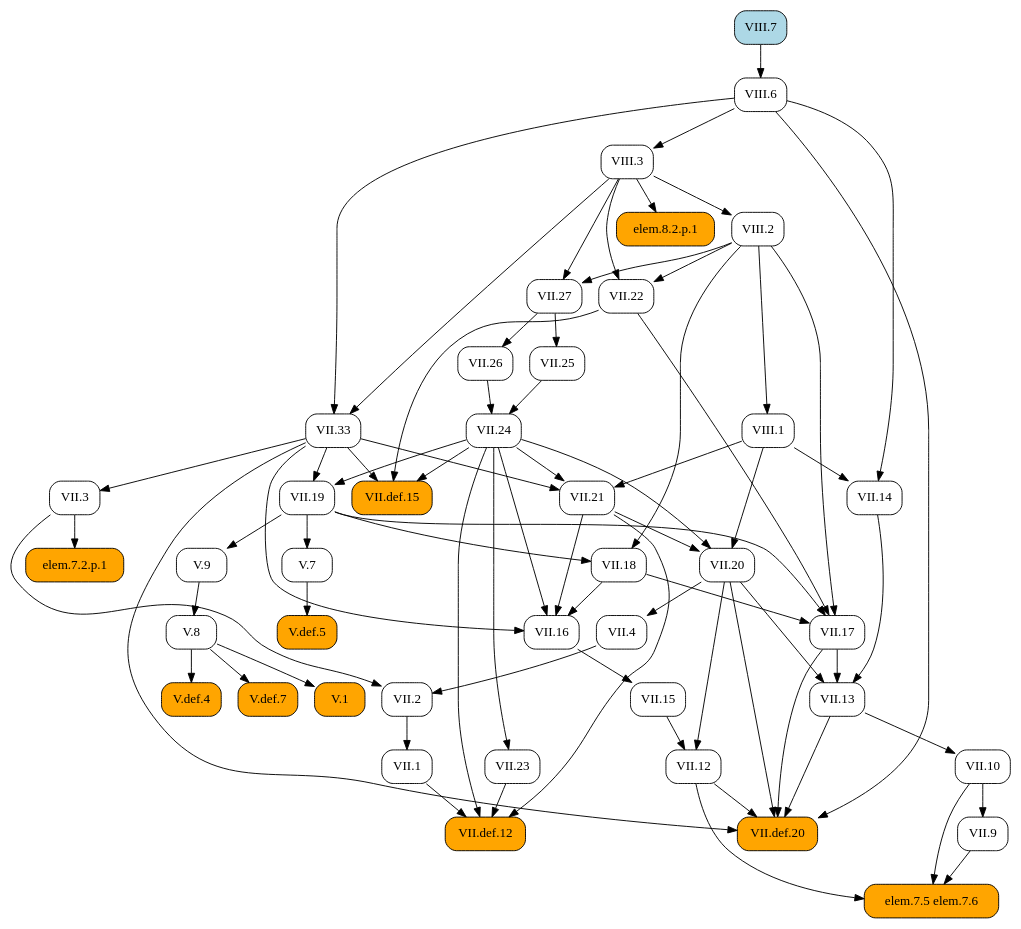
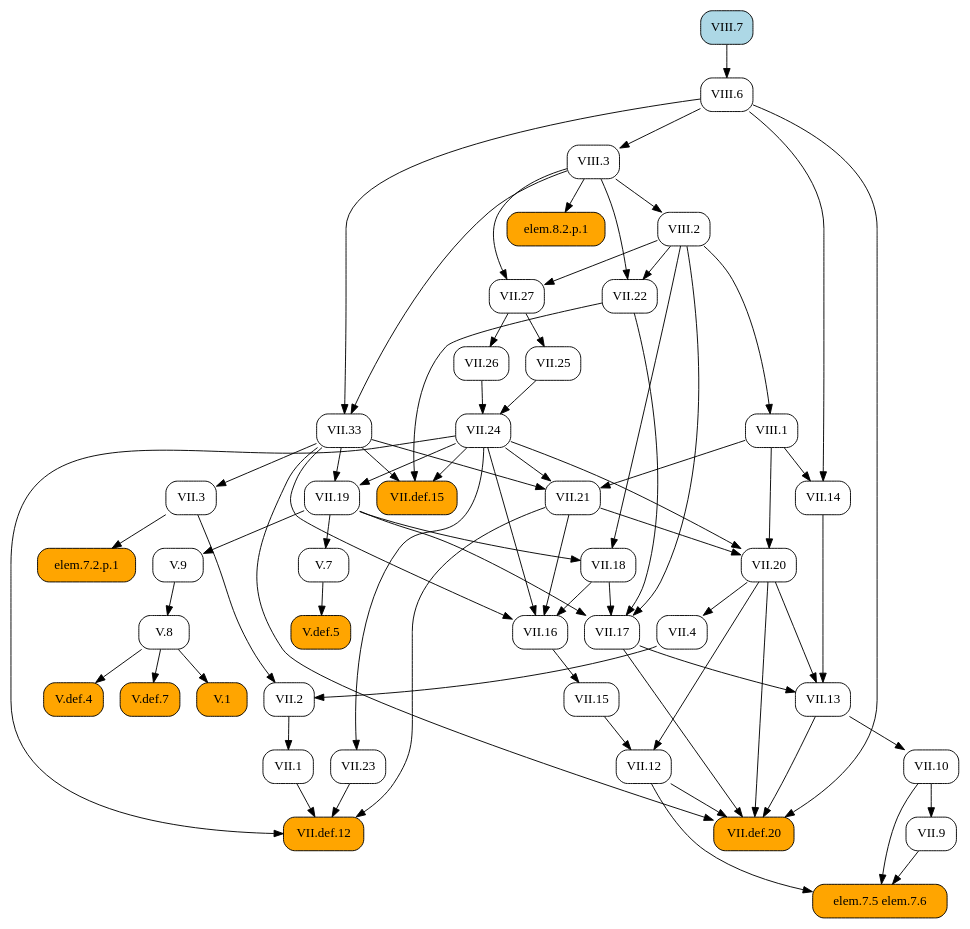
Before and after one commit to geometor/elements: the diagram in docsrc/heath/VIII/7/index.rst, drawn with Graphviz. The commit also changed other lines of this file and 1029 other files, not shown here.

```diff
--- a/docsrc/heath/VIII/7/index.rst
+++ b/docsrc/heath/VIII/7/index.rst
@@ -32,118 +32,118 @@
    digraph {
      rankdir="TB";
      node [shape=box, style=rounded];
+     "VII.1" [URL="/heath/VII/1/", target="_top"];
+     "VII.9" [URL="/heath/VII/9/", target="_top"];
+     "V.def.5" [style="rounded,filled", fillcolor=orange, URL="/heath/V/def.5/", target="_top"];
+     "VII.3" [URL="/heath/VII/3/", target="_top"];
+     "VII.17" [URL="/heath/VII/17/", target="_top"];
+     "elem.7.5 elem.7.6" [style="rounded,filled", fillcolor=orange];
+     "V.7" [URL="/heath/V/7/", target="_top"];
+     "V.9" [URL="/heath/V/9/", target="_top"];
+     "VII.13" [URL="/heath/VII/13/", target="_top"];
+     "VII.2" [URL="/heath/VII/2/", target="_top"];
+     "VIII.1" [URL="/heath/VIII/1/", target="_top"];
+     "VIII.2" [URL="/heath/VIII/2/", target="_top"];
+     "VII.12" [URL="/heath/VII/12/", target="_top"];
+     "VIII.6" [URL="/heath/VIII/6/", target="_top"];
+     "VII.24" [URL="/heath/VII/24/", target="_top"];
+     "VII.def.12" [style="rounded,filled", fillcolor=orange, URL="/heath/VII/def.12/", target="_top"];
+     "V.8" [URL="/heath/V/8/", target="_top"];
+     "VII.33" [URL="/heath/VII/33/", target="_top"];
+     "elem.7.2.p.1" [style="rounded,filled", fillcolor=orange];
+     "VII.10" [URL="/heath/VII/10/", target="_top"];
+     "VIII.7" [style="rounded,filled", fillcolor=lightblue, URL="/heath/VIII/7/", target="_top"];
+     "VII.def.15" [style="rounded,filled", fillcolor=orange, URL="/heath/VII/def.15/", target="_top"];
+     "VII.19" [URL="/heath/VII/19/", target="_top"];
+     "VII.18" [URL="/heath/VII/18/", target="_top"];
+     "VII.16" [URL="/heath/VII/16/", target="_top"];
+     "VII.26" [URL="/heath/VII/26/", target="_top"];
+     "VII.4" [URL="/heath/VII/4/", target="_top"];
+     "VII.25" [URL="/heath/VII/25/", target="_top"];
+     "VII.21" [URL="/heath/VII/21/", target="_top"];
      "V.1" [style="rounded,filled", fillcolor=orange, URL="/heath/V/1/", target="_top"];
-     "VII.12" [URL="/heath/VII/12/", target="_top"];
+     "VII.20" [URL="/heath/VII/20/", target="_top"];
      "VII.14" [URL="/heath/VII/14/", target="_top"];
-     "VII.13" [URL="/heath/VII/13/", target="_top"];
-     "VII.16" [URL="/heath/VII/16/", target="_top"];
-     "VIII.7" [style="rounded,filled", fillcolor=lightblue, URL="/heath/VIII/7/", target="_top"];
+     "VII.27" [URL="/heath/VII/27/", target="_top"];
+     "VIII.3" [URL="/heath/VIII/3/", target="_top"];
      "V.def.4" [style="rounded,filled", fillcolor=orange, URL="/heath/V/def.4/", target="_top"];
-     "VII.def.15" [style="rounded,filled", fillcolor=orange, URL="/heath/VII/def.15/", target="_top"];
-     "VII.18" [URL="/heath/VII/18/", target="_top"];
-     "V.8" [URL="/heath/V/8/", target="_top"];
-     "VII.21" [URL="/heath/VII/21/", target="_top"];
-     "V.7" [URL="/heath/V/7/", target="_top"];
+     "VII.22" [URL="/heath/VII/22/", target="_top"];
+     "V.def.7" [style="rounded,filled", fillcolor=orange, URL="/heath/V/def.7/", target="_top"];
+     "VII.23" [URL="/heath/VII/23/", target="_top"];
      "VII.15" [URL="/heath/VII/15/", target="_top"];
-     "VII.def.12" [style="rounded,filled", fillcolor=orange, URL="/heath/VII/def.12/", target="_top"];
-     "VII.2" [URL="/heath/VII/2/", target="_top"];
      "VII.def.20" [style="rounded,filled", fillcolor=orange, URL="/heath/VII/def.20/", target="_top"];
-     "VII.3" [URL="/heath/VII/3/", target="_top"];
-     "elem.7.5 elem.7.6" [style="rounded,filled", fillcolor=orange];
      "elem.8.2.p.1" [style="rounded,filled", fillcolor=orange];
-     "VII.10" [URL="/heath/VII/10/", target="_top"];
-     "V.def.7" [style="rounded,filled", fillcolor=orange, URL="/heath/V/def.7/", target="_top"];
-     "VII.20" [URL="/heath/VII/20/", target="_top"];
-     "VII.9" [URL="/heath/VII/9/", target="_top"];
-     "VIII.1" [URL="/heath/VIII/1/", target="_top"];
-     "VII.25" [URL="/heath/VII/25/", target="_top"];
-     "VII.23" [URL="/heath/VII/23/", target="_top"];
-     "VII.27" [URL="/heath/VII/27/", target="_top"];
-     "VIII.2" [URL="/heath/VIII/2/", target="_top"];
-     "VII.24" [URL="/heath/VII/24/", target="_top"];
-     "VIII.3" [URL="/heath/VIII/3/", target="_top"];
-     "VII.19" [URL="/heath/VII/19/", target="_top"];
-     "VII.4" [URL="/heath/VII/4/", target="_top"];
-     "elem.7.2.p.1" [style="rounded,filled", fillcolor=orange];
-     "V.9" [URL="/heath/V/9/", target="_top"];
-     "VII.26" [URL="/heath/VII/26/", target="_top"];
-     "VIII.6" [URL="/heath/VIII/6/", target="_top"];
-     "VII.22" [URL="/heath/VII/22/", target="_top"];
-     "VII.1" [URL="/heath/VII/1/", target="_top"];
-     "VII.33" [URL="/heath/VII/33/", target="_top"];
-     "V.def.5" [style="rounded,filled", fillcolor=orange, URL="/heath/V/def.5/", target="_top"];
-     "VII.17" [URL="/heath/VII/17/", target="_top"];
-     "V.8" -> "V.1";
-     "VII.15" -> "VII.12";
-     "VII.20" -> "VII.12";
-     "VIII.1" -> "VII.14";
-     "VIII.6" -> "VII.14";
+     "VII.2" -> "VII.1";
+     "VII.10" -> "VII.9";
+     "V.7" -> "V.def.5";
+     "VII.33" -> "VII.3";
+     "VII.18" -> "VII.17";
+     "VII.19" -> "VII.17";
+     "VII.22" -> "VII.17";
+     "VIII.2" -> "VII.17";
+     "VII.9" -> "elem.7.5 elem.7.6";
+     "VII.10" -> "elem.7.5 elem.7.6";
+     "VII.12" -> "elem.7.5 elem.7.6";
+     "VII.19" -> "V.7";
+     "VII.19" -> "V.9";
      "VII.14" -> "VII.13";
      "VII.17" -> "VII.13";
      "VII.20" -> "VII.13";
+     "VII.3" -> "VII.2";
+     "VII.4" -> "VII.2";
+     "VIII.2" -> "VIII.1";
+     "VIII.3" -> "VIII.2";
+     "VII.15" -> "VII.12";
+     "VII.20" -> "VII.12";
+     "VIII.7" -> "VIII.6";
+     "VII.25" -> "VII.24";
+     "VII.26" -> "VII.24";
+     "VII.1" -> "VII.def.12";
+     "VII.21" -> "VII.def.12";
+     "VII.23" -> "VII.def.12";
+     "VII.24" -> "VII.def.12";
+     "V.9" -> "V.8";
+     "VIII.3" -> "VII.33";
+     "VIII.6" -> "VII.33";
+     "VII.3" -> "elem.7.2.p.1";
+     "VII.13" -> "VII.10";
+     "VII.22" -> "VII.def.15";
+     "VII.24" -> "VII.def.15";
+     "VII.33" -> "VII.def.15";
+     "VII.24" -> "VII.19";
+     "VII.33" -> "VII.19";
+     "VII.19" -> "VII.18";
+     "VIII.2" -> "VII.18";
      "VII.18" -> "VII.16";
      "VII.21" -> "VII.16";
      "VII.24" -> "VII.16";
      "VII.33" -> "VII.16";
-     "V.8" -> "V.def.4";
-     "VII.22" -> "VII.def.15";
-     "VII.24" -> "VII.def.15";
-     "VII.33" -> "VII.def.15";
-     "VII.19" -> "VII.18";
-     "VIII.2" -> "VII.18";
-     "V.9" -> "V.8";
+     "VII.27" -> "VII.26";
+     "VII.20" -> "VII.4";
+     "VII.27" -> "VII.25";
      "VII.24" -> "VII.21";
      "VII.33" -> "VII.21";
      "VIII.1" -> "VII.21";
-     "VII.19" -> "V.7";
+     "V.8" -> "V.1";
+     "VII.21" -> "VII.20";
+     "VII.24" -> "VII.20";
+     "VIII.1" -> "VII.20";
+     "VIII.1" -> "VII.14";
+     "VIII.6" -> "VII.14";
+     "VIII.2" -> "VII.27";
+     "VIII.3" -> "VII.27";
+     "VIII.6" -> "VIII.3";
+     "V.8" -> "V.def.4";
+     "VIII.2" -> "VII.22";
+     "VIII.3" -> "VII.22";
+     "V.8" -> "V.def.7";
+     "VII.24" -> "VII.23";
      "VII.16" -> "VII.15";
-     "VII.1" -> "VII.def.12";
-     "VII.21" -> "VII.def.12";
-     "VII.23" -> "VII.def.12";
-     "VII.24" -> "VII.def.12";
-     "VII.3" -> "VII.2";
-     "VII.4" -> "VII.2";
      "VII.12" -> "VII.def.20";
      "VII.13" -> "VII.def.20";
      "VII.17" -> "VII.def.20";
      "VII.20" -> "VII.def.20";
      "VII.33" -> "VII.def.20";
      "VIII.6" -> "VII.def.20";
-     "VII.33" -> "VII.3";
-     "VII.9" -> "elem.7.5 elem.7.6";
-     "VII.10" -> "elem.7.5 elem.7.6";
-     "VII.12" -> "elem.7.5 elem.7.6";
      "VIII.3" -> "elem.8.2.p.1";
-     "VII.13" -> "VII.10";
-     "V.8" -> "V.def.7";
-     "VII.21" -> "VII.20";
-     "VII.24" -> "VII.20";
-     "VIII.1" -> "VII.20";
-     "VII.10" -> "VII.9";
-     "VIII.2" -> "VIII.1";
-     "VII.27" -> "VII.25";
-     "VII.24" -> "VII.23";
-     "VIII.2" -> "VII.27";
-     "VIII.3" -> "VII.27";
-     "VIII.3" -> "VIII.2";
-     "VII.25" -> "VII.24";
-     "VII.26" -> "VII.24";
-     "VIII.6" -> "VIII.3";
-     "VII.24" -> "VII.19";
-     "VII.33" -> "VII.19";
-     "VII.20" -> "VII.4";
-     "VII.3" -> "elem.7.2.p.1";
-     "VII.19" -> "V.9";
-     "VII.27" -> "VII.26";
-     "VIII.7" -> "VIII.6";
-     "VIII.2" -> "VII.22";
-     "VIII.3" -> "VII.22";
-     "VII.2" -> "VII.1";
-     "VIII.3" -> "VII.33";
-     "VIII.6" -> "VII.33";
-     "V.7" -> "V.def.5";
-     "VII.18" -> "VII.17";
-     "VII.19" -> "VII.17";
-     "VII.22" -> "VII.17";
-     "VIII.2" -> "VII.17";
    }
```
